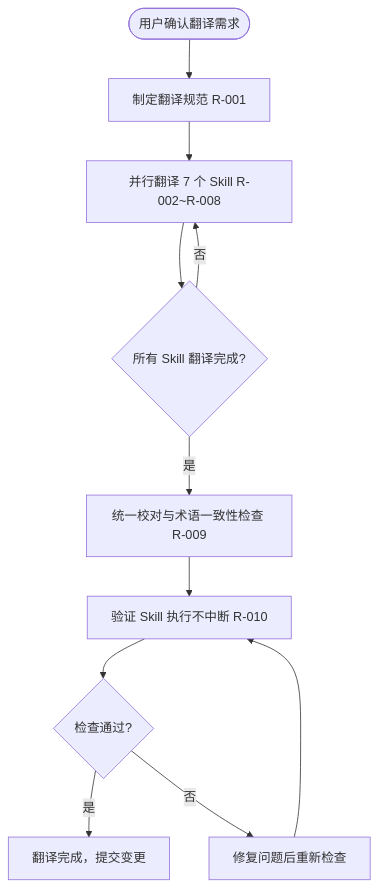
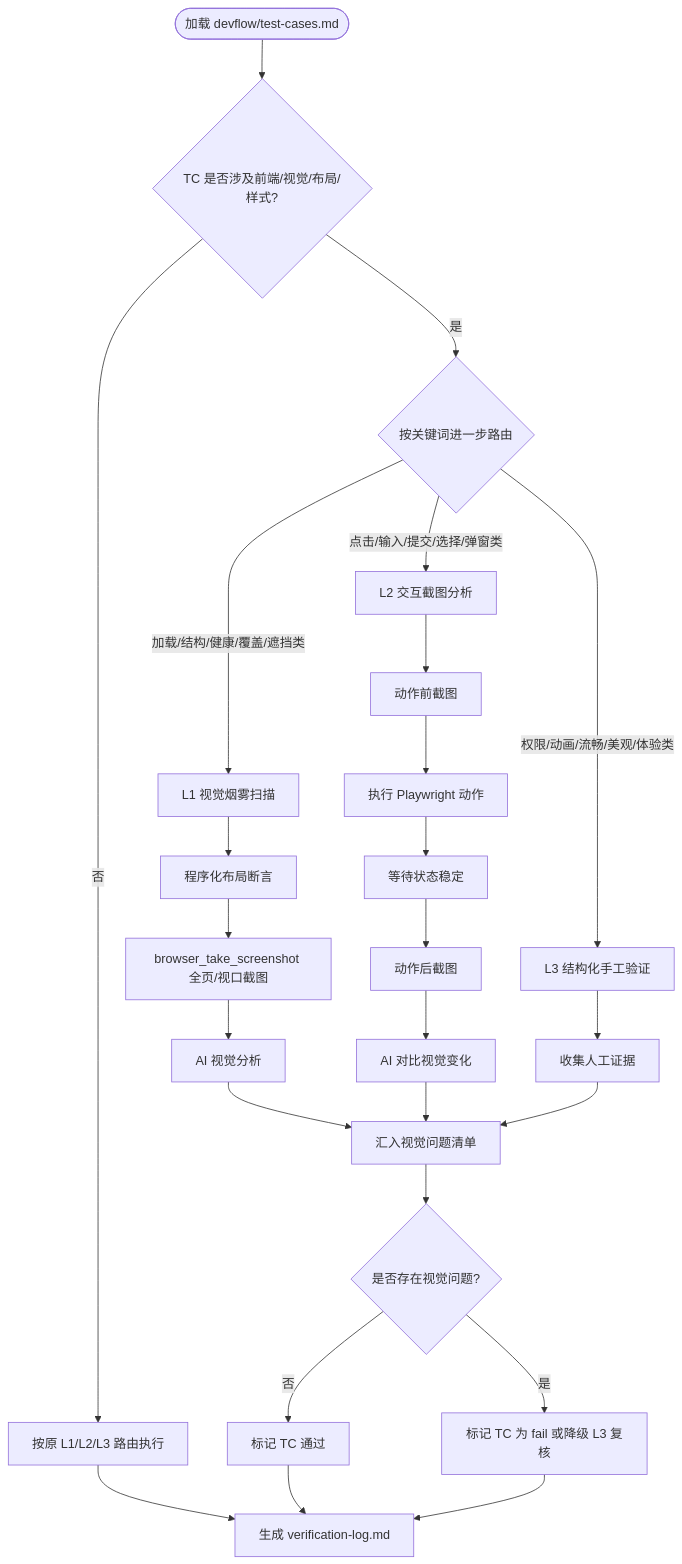
Before and after one commit to NumberTheEleven/devflow: the diagram in devflow/design.md, drawn with Mermaid. The commit also changed other lines of this file and 7 other files, not shown here.

First line of the commit message:
feat(verify): add AI visual detection to Playwright verification flow

````diff
--- a/devflow/design.md
+++ b/devflow/design.md
@@ -9,13 +10,33 @@
 ```mermaid
 flowchart TD
-    A([用户确认翻译需求]) --> B[制定翻译规范 R-001]
-    B --> C[并行翻译 7 个 Skill R-002~R-008]
-    C --> D{所有 Skill 翻译完成?}
-    D -->|否| C
-    D -->|是| E[统一校对与术语一致性检查 R-009]
-    E --> F[验证 Skill 执行不中断 R-010]
-    F --> G{检查通过?}
-    G -->|是| H[翻译完成，提交变更]
-    G -->|否| I[修复问题后重新检查]
-    I --> F
+    A([加载 devflow/test-cases.md]) --> B{TC 是否涉及前端/视觉/布局/样式?}
+    B -->|否| C[按原 L1/L2/L3 路由执行]
+    B -->|是| D{按关键词进一步路由}
+
+    D -->|加载/结构/健康/覆盖/遮挡类| E[L1 视觉烟雾扫描]
+    D -->|点击/输入/提交/选择/弹窗类| F[L2 交互截图分析]
+    D -->|权限/动画/流畅/美观/体验类| G[L3 结构化手工验证]
+
+    E --> H[程序化布局断言]
+    H --> I[browser_take_screenshot 全页/视口截图]
+    I --> J[AI 视觉分析]
+
+    F --> K[动作前截图]
+    K --> L[执行 Playwright 动作]
+    L --> M[等待状态稳定]
+    M --> N[动作后截图]
+    N --> O[AI 对比视觉变化]
+
+    J --> P[汇入视觉问题清单]
+    O --> P
+    G --> Q[收集人工证据]
+    Q --> P
+
+    P --> R{是否存在视觉问题?}
+    R -->|是| S[标记 TC 为 fail 或降级 L3 复核]
+    R -->|否| T[标记 TC 通过]
+
+    C --> U[生成 verification-log.md]
+    T --> U
+    S --> U
 ```
````
